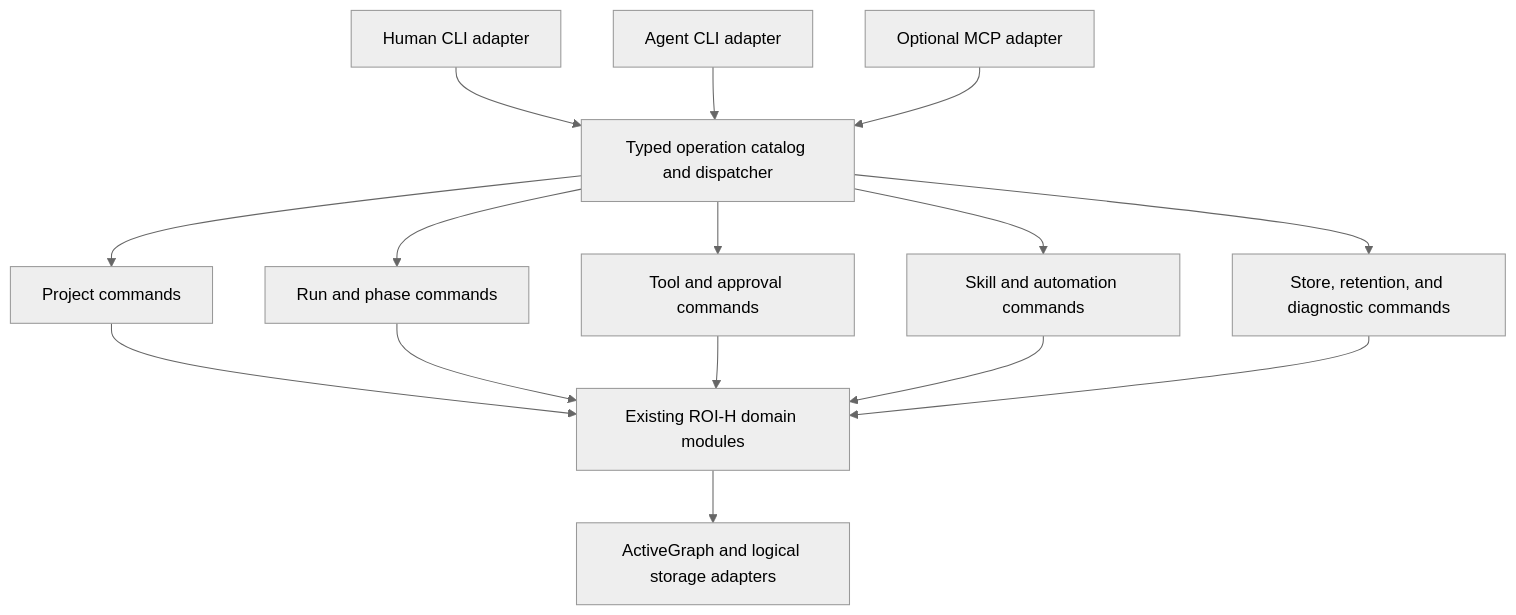
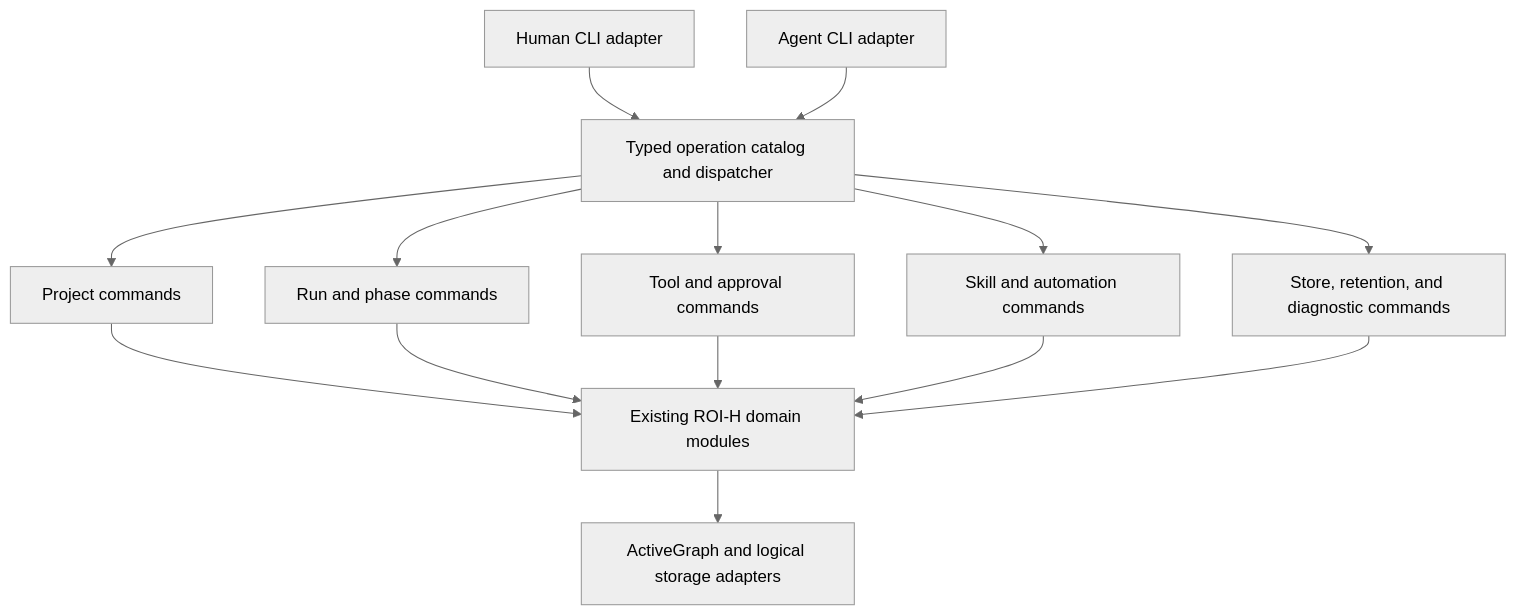
Before and after one commit to omerlefaruk/roi-h: the diagram in docs/external-ai-cli-plan.md, drawn with Mermaid (neutral theme). The commit also changed other lines of this file and 3 other files, not shown here.

````diff
--- a/docs/external-ai-cli-plan.md
+++ b/docs/external-ai-cli-plan.md
@@ -129,17 +128,16 @@
 ```mermaid
 flowchart TD
     H["Human CLI adapter"] --> C["Typed operation catalog and dispatcher"]
     A["Agent CLI adapter"] --> C
-    M["Optional MCP adapter"] --> C
     C --> P["Project commands"]
     C --> R["Run and phase commands"]
     C --> T["Tool and approval commands"]
     C --> S["Skill and automation commands"]
     C --> O["Store, retention, and diagnostic commands"]
     P --> D["Existing ROI-H domain modules"]
     R --> D
     T --> D
     S --> D
     O --> D
     D --> G["ActiveGraph and logical storage adapters"]
 ```
````
